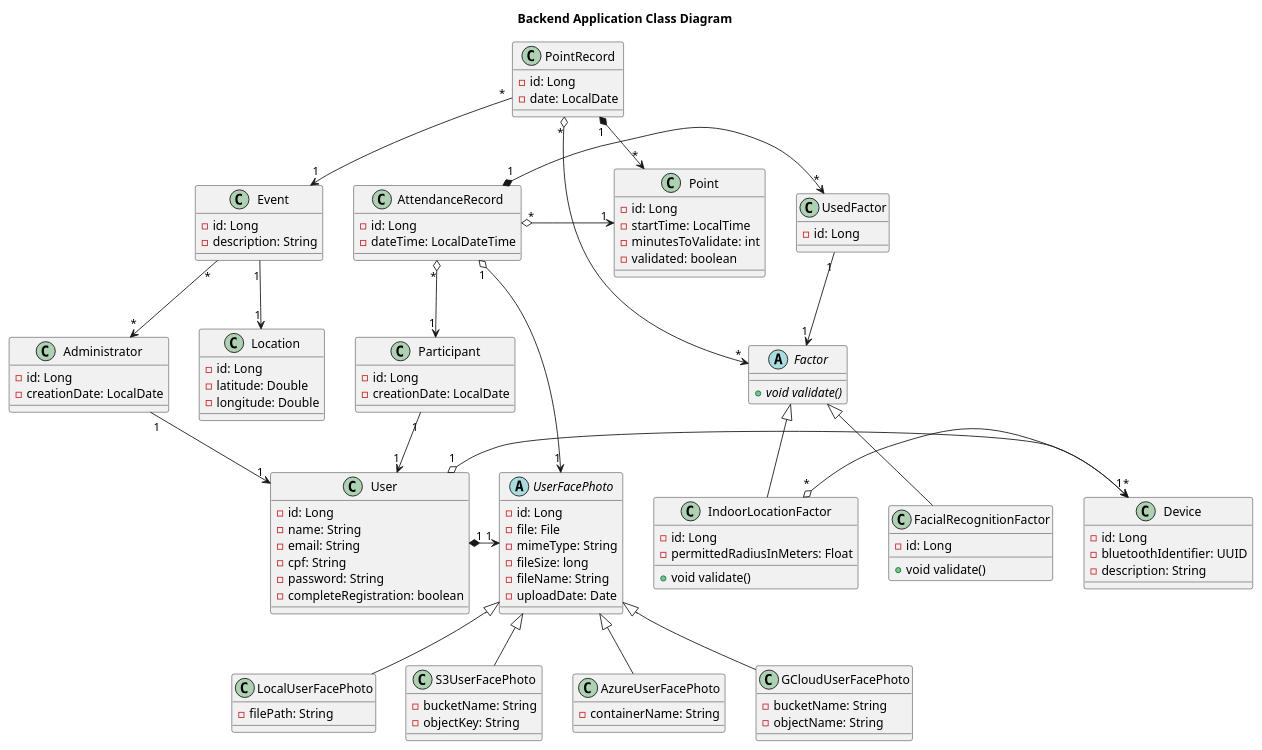
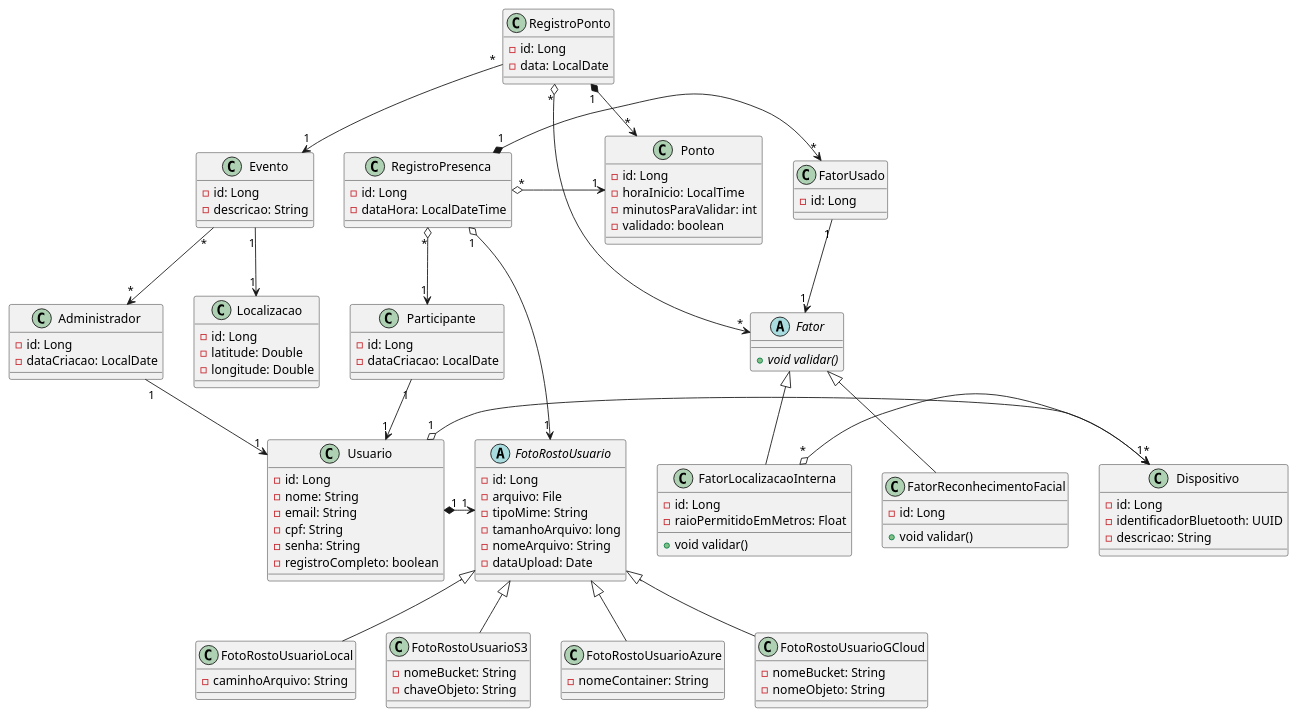
One commit to luan-coelho/faceverify changed the diagram in backend/diagram-class.plantuml. Above: the diagram before and after it, drawn with PlantUML. The commit also changed 21 other files, not shown here.

```diff
--- a/backend/diagram-class.plantuml
+++ b/backend/diagram-class.plantuml
@@ -1,134 +1,132 @@
 @startuml
-title Backend Application Class Diagram
-
-class User {
+class Usuario {
     - id: Long
-    - name: String
+    - nome: String
     - email: String
     - cpf: String
-    - password: String
-    - completeRegistration: boolean
+    - senha: String
+    - registroCompleto: boolean
 }
 
-class Administrator {
+class Administrador {
     - id: Long
-    - creationDate: LocalDate
+    - dataCriacao: LocalDate
 }
 
-class Participant {
+class Participante {
     - id: Long
-    - creationDate: LocalDate
+    - dataCriacao: LocalDate
 }
 
-class Device {
+class Dispositivo {
     - id: Long
-    - bluetoothIdentifier: UUID
-    - description: String
+    - identificadorBluetooth: UUID
+    - descricao: String
 }
 
-abstract class UserFacePhoto {
+abstract class FotoRostoUsuario {
     - id: Long
-    - file: File
-    - mimeType: String
-    - fileSize: long
-    - fileName: String
-    - uploadDate: Date
+    - arquivo: File
+    - tipoMime: String
+    - tamanhoArquivo: long
+    - nomeArquivo: String
+    - dataUpload: Date
 }
 
-class UsedFactor {
+class FatorUsado {
      - id: Long
 }
 
-class LocalUserFacePhoto {
-    - filePath: String
+class FotoRostoUsuarioLocal {
+    - caminhoArquivo: String
 }
 
-class S3UserFacePhoto {
-    - bucketName: String
-    - objectKey: String
+class FotoRostoUsuarioS3 {
+    - nomeBucket: String
+    - chaveObjeto: String
 }
 
-class AzureUserFacePhoto {
-    - containerName: String
+class FotoRostoUsuarioAzure {
+    - nomeContainer: String
 }
 
-class GCloudUserFacePhoto {
-    - bucketName: String
-    - objectName: String
+class FotoRostoUsuarioGCloud {
+    - nomeBucket: String
+    - nomeObjeto: String
 }
 
-class Event {
+class Evento {
     - id: Long
-    - description: String
+    - descricao: String
 }
 
-class Location {
+class Localizacao {
     - id: Long
     - latitude: Double
     - longitude: Double
 }
 
 
-class PointRecord {
+class RegistroPonto {
     - id: Long
-    - date: LocalDate
+    - data: LocalDate
 }
 
-class Point {
+class Ponto {
     - id: Long
-    - startTime: LocalTime
-    - minutesToValidate: int
-    - validated: boolean
+    - horaInicio: LocalTime
+    - minutosParaValidar: int
+    - validado: boolean
 }
 
-class AttendanceRecord {
+class RegistroPresenca {
     - id: Long
-    - dateTime: LocalDateTime
+    - dataHora: LocalDateTime
 }
 
-abstract class Factor {
-    + void {abstract} validate()
+abstract class Fator {
+    + void {abstract} validar()
 }
 
-class FacialRecognitionFactor {
+class FatorReconhecimentoFacial {
     - id: Long
-    + void validate()
+    + void validar()
 }
 
-class IndoorLocationFactor {
+class FatorLocalizacaoInterna {
     - id: Long
-    - permittedRadiusInMeters: Float
-    + void validate()
+    - raioPermitidoEmMetros: Float
+    + void validar()
 }
 
-PointRecord "*" --> "1" Event
-Event "*" --> "*" Administrator
-Event "1" --> "1" Location
+RegistroPonto "*" --> "1" Evento
+Evento "*" --> "*" Administrador
+Evento "1" --> "1" Localizacao
 
-PointRecord "1" *-> "*" Point
-PointRecord "*" o-> "*" Factor
+RegistroPonto "1" *-> "*" Ponto
+RegistroPonto "*" o-> "*" Fator
 
-AttendanceRecord "*" o-> "1" Participant
-AttendanceRecord "*" o-> "1" Point
-AttendanceRecord "1" o-> "1" UserFacePhoto
+RegistroPresenca "*" o-> "1" Participante
+RegistroPresenca "*" o-> "1" Ponto
+RegistroPresenca "1" o-> "1" FotoRostoUsuario
 
-Factor <|-- FacialRecognitionFactor
-Factor <|-- IndoorLocationFactor
+Fator <|-- FatorReconhecimentoFacial
+Fator <|-- FatorLocalizacaoInterna
 
-IndoorLocationFactor "*" o-> "1" Device
+FatorLocalizacaoInterna "*" o-> "1" Dispositivo
 
-User "1" o-> "*" Device
-User "1" *-> "1" UserFacePhoto
+Usuario "1" o-> "*" Dispositivo
+Usuario "1" *-> "1" FotoRostoUsuario
 
-AttendanceRecord "1" *-> "*" UsedFactor
-UsedFactor "1" --> "1" Factor
+RegistroPresenca "1" *-> "*" FatorUsado
+FatorUsado "1" --> "1" Fator
 
-Administrator "1" --> "1" User
-Participant "1" --> "1" User
+Administrador "1" --> "1" Usuario
+Participante "1" --> "1" Usuario
 
-UserFacePhoto <|-- LocalUserFacePhoto
-UserFacePhoto <|-- S3UserFacePhoto
-UserFacePhoto <|-- AzureUserFacePhoto
-UserFacePhoto <|-- GCloudUserFacePhoto
+FotoRostoUsuario <|-- FotoRostoUsuarioLocal
+FotoRostoUsuario <|-- FotoRostoUsuarioS3
+FotoRostoUsuario <|-- FotoRostoUsuarioAzure
+FotoRostoUsuario <|-- FotoRostoUsuarioGCloud
 
 @enduml
```
